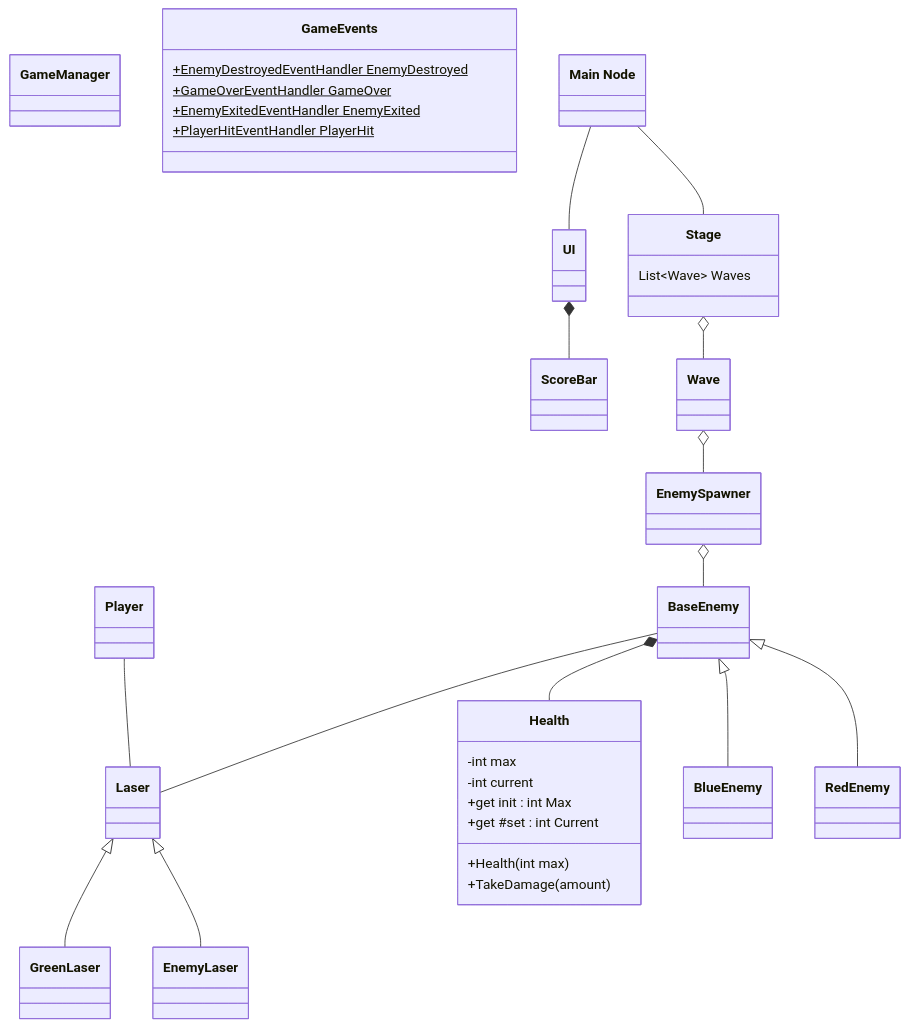
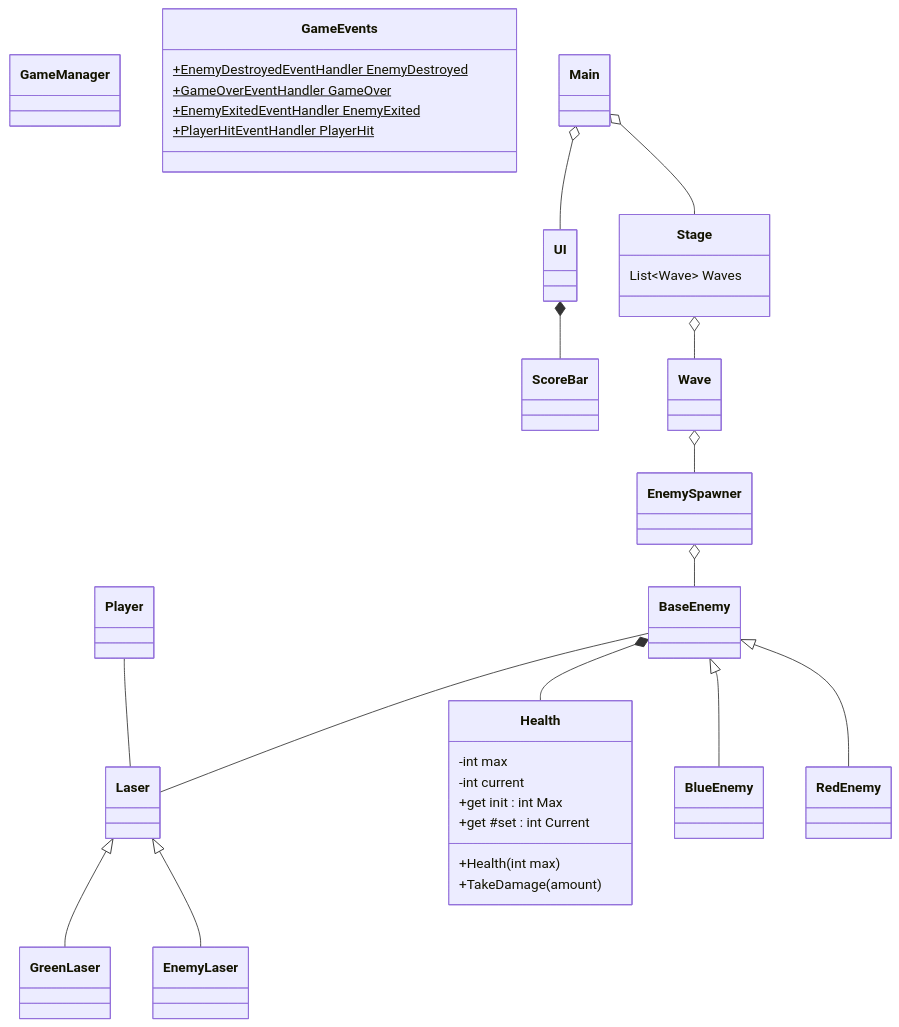
One commit to Drelza/Blaptica changed the first of 2 diagrams in docs/Diagrams.md. Above: the diagram before and after it, drawn with Mermaid.

Commit message:
Update class diagram

````diff
--- a/docs/Diagrams.md
+++ b/docs/Diagrams.md
@@ -7,40 +7,39 @@
 ```mermaid
 
 classDiagram
     class EnemySpawner
     class GameManager
     class GameEvents{
         +EnemyDestroyedEventHandler EnemyDestroyed$
         +GameOverEventHandler GameOver$
         +EnemyExitedEventHandler EnemyExited$
         +PlayerHitEventHandler PlayerHit$
     }
     class ScoreBar
     class UI
     class Health{
         +Health(int max)
         +TakeDamage(amount)
         -int max
         -int current
         +get init : int Max
         +get #set : int Current
     }
     class Stage{
         List~Wave~ Waves
     }
 
-    `Main Node` -- Stage
-    `Main Node` -- UI
+    Main o-- Stage
+    Main o-- UI
     UI *-- ScoreBar
     Stage o-- Wave
     Wave o-- EnemySpawner
     Player -- Laser
     Laser <|-- EnemyLaser
     Laser <|-- GreenLaser
     BaseEnemy <|-- RedEnemy
     BaseEnemy <|-- BlueEnemy
     BaseEnemy *-- Health
     BaseEnemy -- Laser
-
     EnemySpawner o-- BaseEnemy
 ```
````
